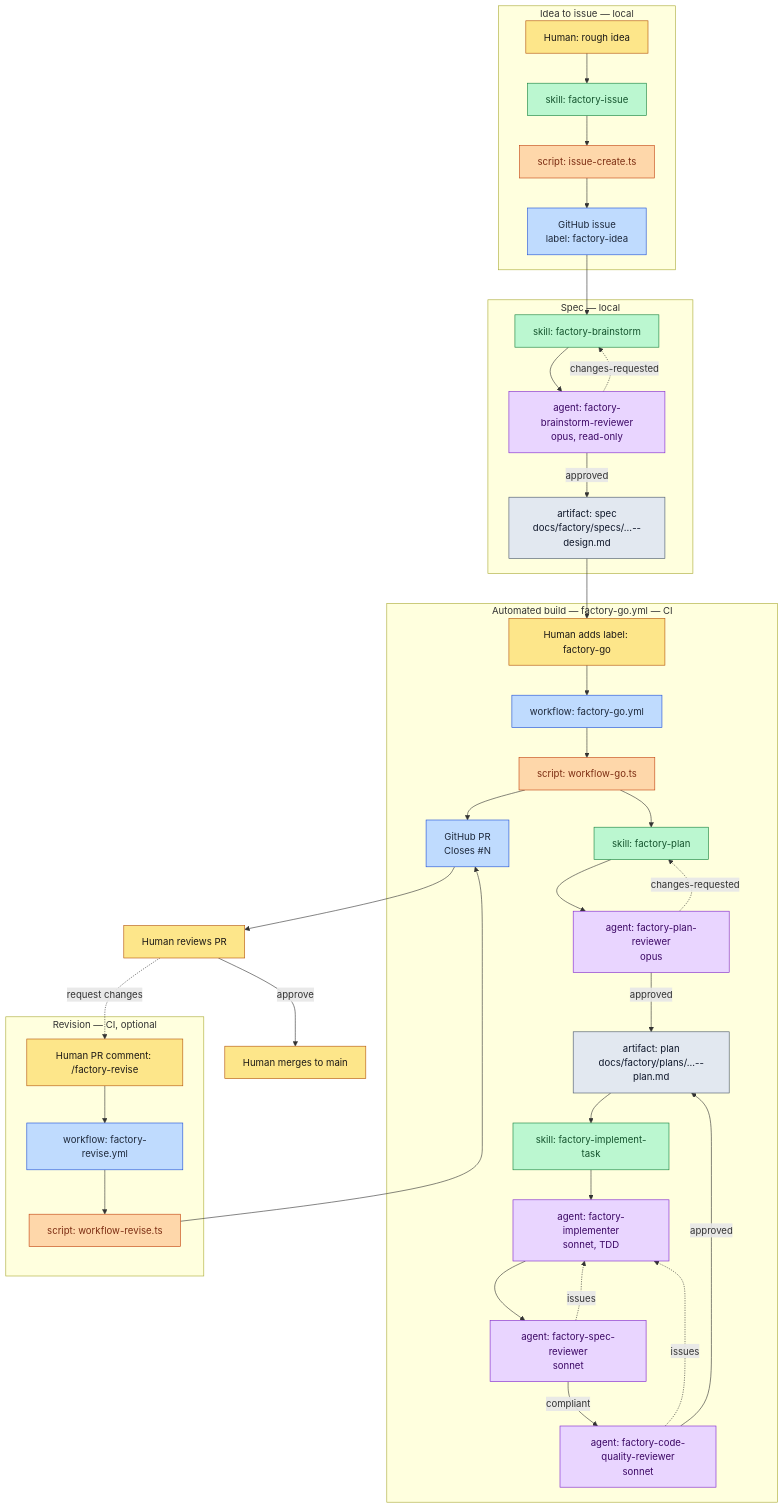
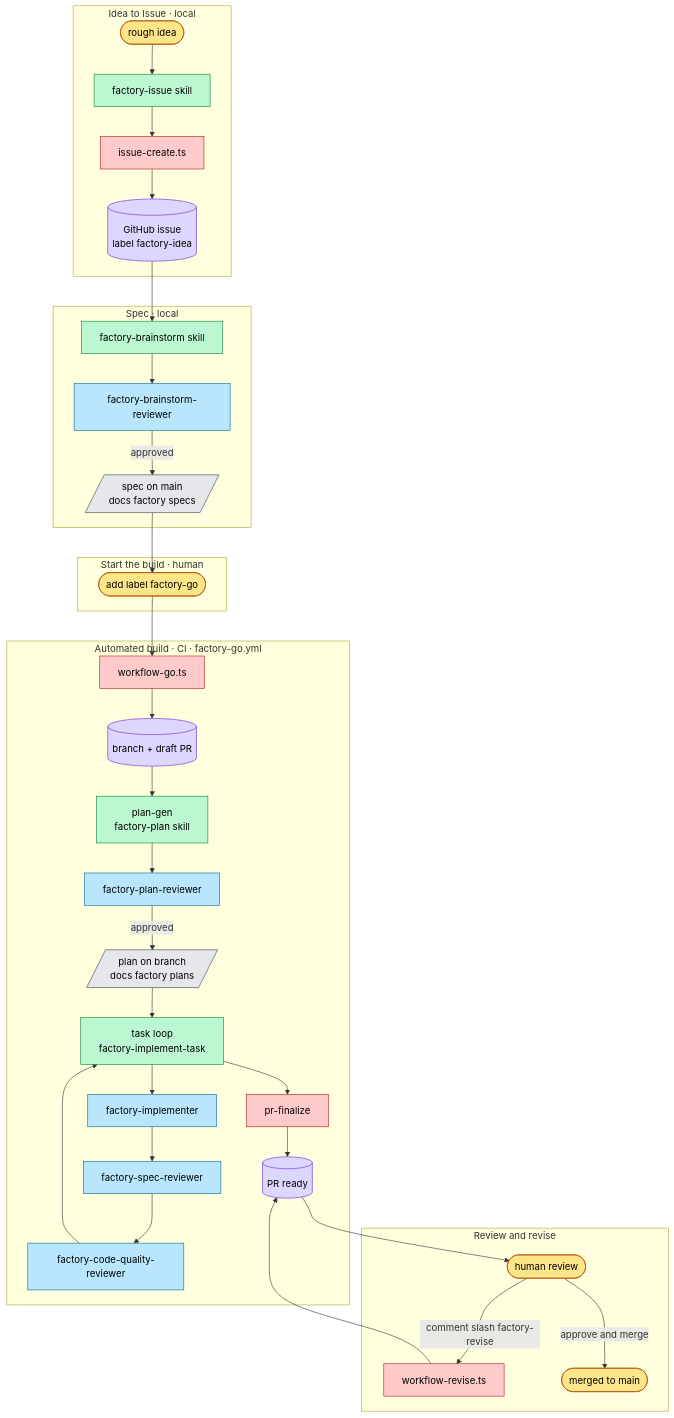
One commit to jost-kuenzel/claude-workshop changed the first of 2 diagrams in docs/factory/factory-process-guide.md. Above: the diagram before and after it, drawn with Mermaid. The commit also changed other lines of this file and 17 other files, not shown here.

````diff
--- a/docs/factory/factory-process-guide.md
+++ b/docs/factory/factory-process-guide.md
@@ -37,62 +28,47 @@
 ```mermaid
 flowchart TD
-    classDef human fill:#fde68a,stroke:#b45309,color:#1c1917
-    classDef gh fill:#bfdbfe,stroke:#1d4ed8,color:#1e293b
-    classDef skill fill:#bbf7d0,stroke:#15803d,color:#14532d
-    classDef agent fill:#e9d5ff,stroke:#7e22ce,color:#3b0764
-    classDef script fill:#fed7aa,stroke:#c2410c,color:#7c2d12
-    classDef artifact fill:#e2e8f0,stroke:#475569,color:#0f172a
+  subgraph S1[Idea to Issue · local]
+    idea([rough idea]):::human --> iskill[factory-issue skill]:::skill
+    iskill --> icreate[issue-create.ts]:::script
+    icreate --> issue[(GitHub issue<br/>label factory-idea)]:::gh
+  end
 
-    subgraph IDEA["Idea to issue — local"]
-        H1["Human: rough idea"]:::human
-        SK_ISSUE["skill: factory-issue"]:::skill
-        SC_ISSUE["script: issue-create.ts"]:::script
-        ISSUE["GitHub issue<br/>label: factory-idea"]:::gh
-        H1 --> SK_ISSUE --> SC_ISSUE --> ISSUE
-    end
+  subgraph S2[Spec · local]
+    issue --> bskill[factory-brainstorm skill]:::skill
+    bskill --> brev[factory-brainstorm-reviewer]:::agent
+    brev -->|approved| spec[/spec on main<br/>docs factory specs/]:::artifact
+  end
 
-    subgraph SPEC["Spec — local"]
-        SK_BS["skill: factory-brainstorm"]:::skill
-        AG_BSR["agent: factory-brainstorm-reviewer<br/>opus, read-only"]:::agent
-        SPECF["artifact: spec<br/>docs/factory/specs/...--design.md"]:::artifact
-        ISSUE --> SK_BS --> AG_BSR
-        AG_BSR -->|approved| SPECF
-        AG_BSR -.->|changes-requested| SK_BS
-    end
+  subgraph S3[Start the build · human]
+    spec --> label([add label factory-go]):::human
+  end
 
-    LABEL["Human adds label: factory-go"]:::human
-    SPECF --> LABEL
+  subgraph S4[Automated build · CI · factory-go.yml]
+    label --> wgo[workflow-go.ts]:::script
+    wgo --> seed[(branch + draft PR)]:::gh
+    seed --> plan[plan-gen<br/>factory-plan skill]:::skill
+    plan --> prev[factory-plan-reviewer]:::agent
+    prev -->|approved| planfile[/plan on branch<br/>docs factory plans/]:::artifact
+    planfile --> loop[task loop<br/>factory-implement-task]:::skill
+    loop --> impl[factory-implementer]:::agent
+    impl --> srev[factory-spec-reviewer]:::agent
+    srev --> qrev[factory-code-quality-reviewer]:::agent
+    qrev --> loop
+    loop --> finalize[pr-finalize]:::script
+    finalize --> pr[(PR ready)]:::gh
+  end
 
-    subgraph CI["Automated build — factory-go.yml — CI"]
-        WF["workflow: factory-go.yml"]:::gh
-        ORCH["script: workflow-go.ts"]:::script
-        PR["GitHub PR<br/>Closes #N"]:::gh
-        SK_PLAN["skill: factory-plan"]:::skill
-        AG_PLANR["agent: factory-plan-reviewer<br/>opus"]:::agent
-        PLAN["artifact: plan<br/>docs/factory/plans/...--plan.md"]:::artifact
-        SK_TASK["skill: factory-implement-task"]:::skill
-        AG_IMPL["agent: factory-implementer<br/>sonnet, TDD"]:::agent
-        AG_SPECR["agent: factory-spec-reviewer<br/>sonnet"]:::agent
-        AG_QUAL["agent: factory-code-quality-reviewer<br/>sonnet"]:::agent
-        LABEL --> WF --> ORCH --> PR
-        ORCH --> SK_PLAN --> AG_PLANR
-        AG_PLANR -->|approved| PLAN
-        AG_PLANR -.->|changes-requested| SK_PLAN
-        PLAN --> SK_TASK --> AG_IMPL --> AG_SPECR
-        AG_SPECR -.->|issues| AG_IMPL
-        AG_SPECR -->|compliant| AG_QUAL
-        AG_QUAL -.->|issues| AG_IMPL
-        AG_QUAL -->|approved| PLAN
-    end
+  subgraph S5[Review and revise]
+    pr --> review([human review]):::human
+    review -->|comment slash factory-revise| wrev[workflow-revise.ts]:::script
+    wrev --> pr
+    review -->|approve and merge| merged([merged to main]):::human
+  end
 
-    subgraph REV["Revision — CI, optional"]
-        CMT["Human PR comment: /factory-revise"]:::human
-        WF_REV["workflow: factory-revise.yml"]:::gh
-        ORCH_REV["script: workflow-revise.ts"]:::script
-        CMT --> WF_REV --> ORCH_REV --> PR
-    end
-
-    PR --> REVIEW["Human reviews PR"]:::human
-    REVIEW -.->|request changes| CMT
-    REVIEW -->|approve| MERGE["Human merges to main"]:::human
+  classDef human fill:#fde68a,stroke:#b45309,color:#000
+  classDef gh fill:#ddd6fe,stroke:#6d28d9,color:#000
+  classDef skill fill:#bbf7d0,stroke:#15803d,color:#000
+  classDef agent fill:#bae6fd,stroke:#0369a1,color:#000
+  classDef script fill:#fecaca,stroke:#b91c1c,color:#000
+  classDef artifact fill:#e5e7eb,stroke:#374151,color:#000
 ```
````
